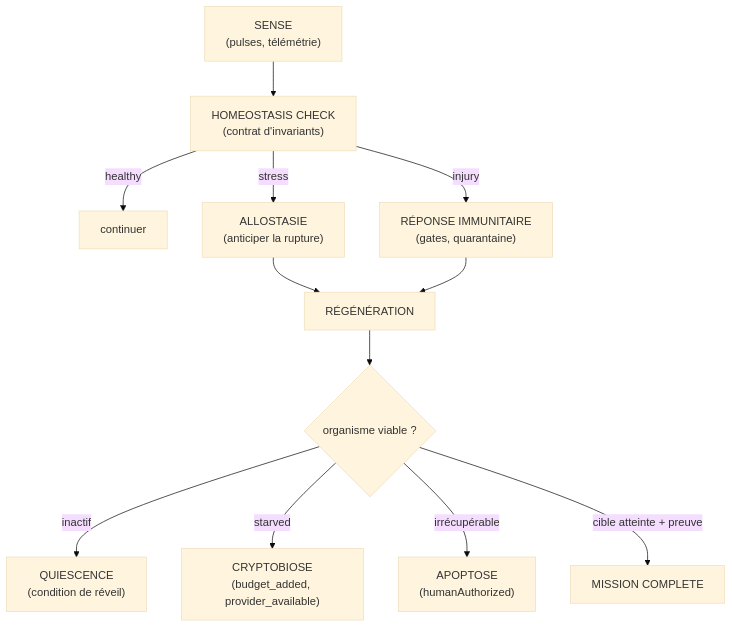
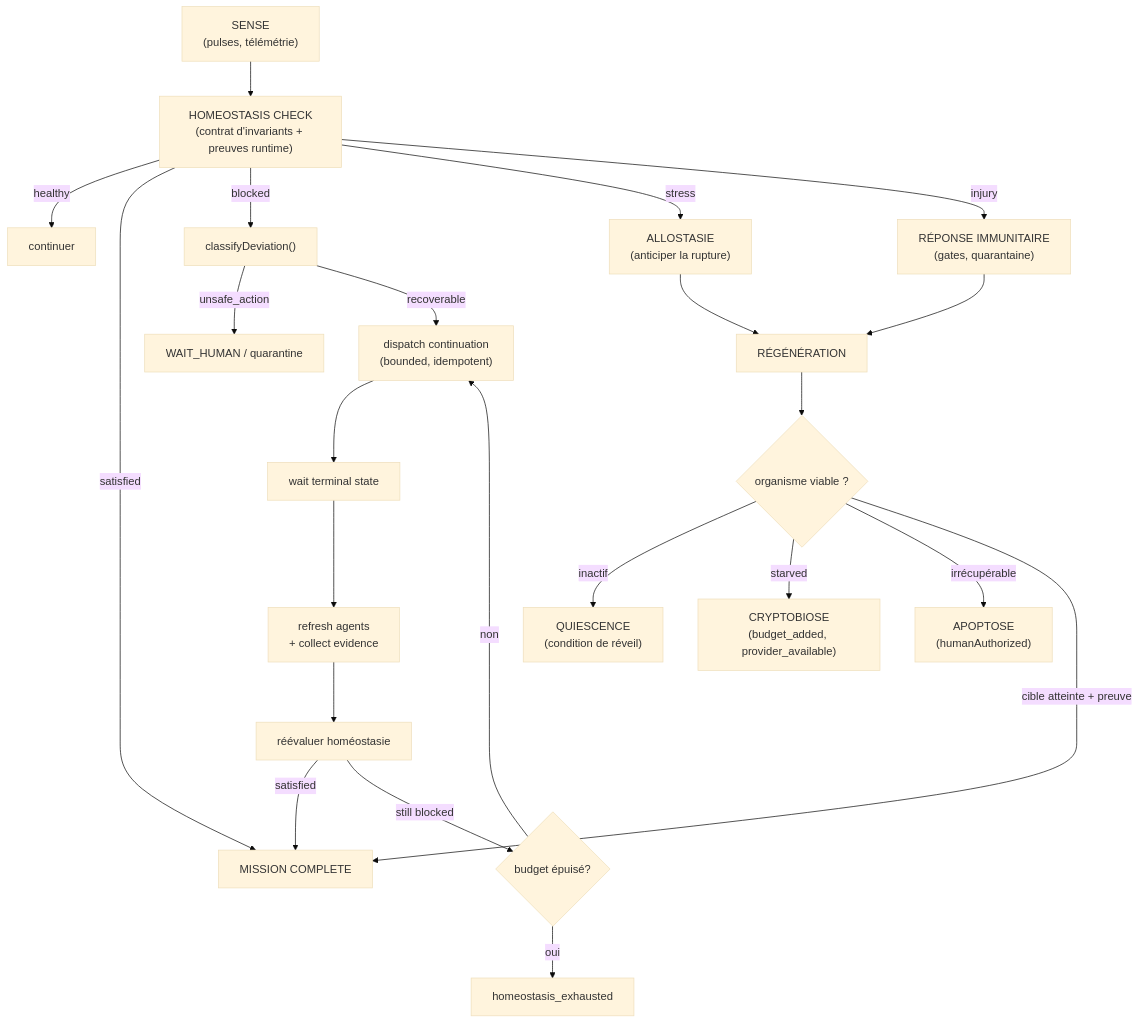
Before and after one commit to PISSARAW/GenOS: the diagram in docs/01-concepts/continuite-mission.md, drawn with Mermaid (base theme). The commit also changed other lines of this file and 2 other files, not shown here.

First line of the commit message:
[DOC] Continuité de mission : mise à jour feedback loop, bornage, preuves runtime

````diff
--- a/docs/01-concepts/continuite-mission.md
+++ b/docs/01-concepts/continuite-mission.md
@@ -178,14 +211,25 @@
 ```mermaid
 flowchart TB
-    SENSE["SENSE<br/>(pulses, télémétrie)"] --> CHECK["HOMEOSTASIS CHECK<br/>(contrat d'invariants)"]
+    SENSE["SENSE<br/>(pulses, télémétrie)"] --> CHECK["HOMEOSTASIS CHECK<br/>(contrat d'invariants + preuves runtime)"]
     CHECK -->|healthy| CONTINUE["continuer"]
+    CHECK -->|satisfied| COMPLETE["MISSION COMPLETE"]
+    CHECK -->|blocked| DEVIATE["classifyDeviation()"]
+    DEVIATE -->|unsafe_action| QUARANTINE["WAIT_HUMAN / quarantine"]
+    DEVIATE -->|recoverable| DISPATCH["dispatch continuation<br/>(bounded, idempotent)"]
+    DISPATCH --> WAIT["wait terminal state"]
+    WAIT --> REFRESH["refresh agents<br/>+ collect evidence"]
+    REFRESH --> RE_EVAL["réévaluer homéostasie"]
+    RE_EVAL -->|satisfied| COMPLETE
+    RE_EVAL -->|still blocked| CHECK_BUDGET{"budget épuisé?"}
+    CHECK_BUDGET -->|oui| EXHAUSTED["homeostasis_exhausted"]
+    CHECK_BUDGET -->|non| DISPATCH
     CHECK -->|stress| ALLO["ALLOSTASIE<br/>(anticiper la rupture)"]
     CHECK -->|injury| IMMUNE["RÉPONSE IMMUNITAIRE<br/>(gates, quarantaine)"]
     ALLO --> REGEN["RÉGÉNÉRATION"]
     IMMUNE --> REGEN
     REGEN --> EVAL{"organisme viable ?"}
     EVAL -->|inactif| QUIESCE["QUIESCENCE<br/>(condition de réveil)"]
     EVAL -->|starved| CRYPTO["CRYPTOBIOSE<br/>(budget_added, provider_available)"]
     EVAL -->|irrécupérable| APOP["APOPTOSE<br/>(humanAuthorized)"]
-    EVAL -->|cible atteinte + preuve| COMPLETE["MISSION COMPLETE"]
+    EVAL -->|cible atteinte + preuve| COMPLETE
 ```
````
